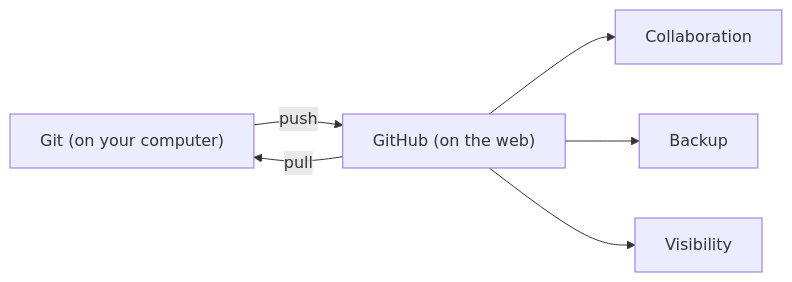
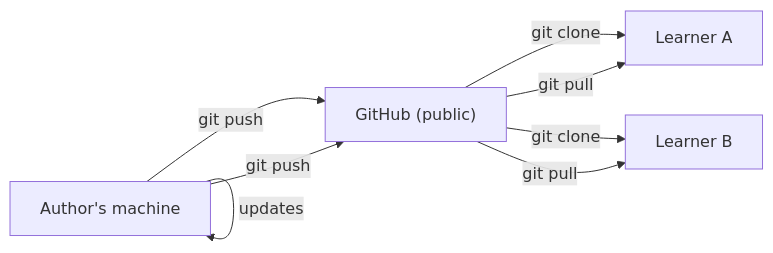
Before and after one commit to doyeongk/Learn-Agentic-Engineering-In-Claude: the diagram in docs-site/docs/01-why-github-exists/1.1-the-problem-github-solves.md, drawn with Mermaid. The commit also changed other lines of this file and 39 other files, not shown here.

````diff
--- a/docs-site/docs/01-why-github-exists/1.1-the-problem-github-solves.md
+++ b/docs-site/docs/01-why-github-exists/1.1-the-problem-github-solves.md
@@ -37,8 +37,10 @@
 ```mermaid
 graph LR
-    A["Git (on your computer)"] -->|push| B["GitHub (on the web)"]
-    B -->|pull| A
-    B --> C["Collaboration"]
-    B --> D["Backup"]
-    B --> E["Visibility"]
+    A["Author's machine"] -->|git push| B["GitHub (public)"]
+    B -->|git clone| C["Learner A"]
+    B -->|git clone| D["Learner B"]
+    A -->|updates| A
+    A -->|git push| B
+    B -->|git pull| C
+    B -->|git pull| D
 ```
````
